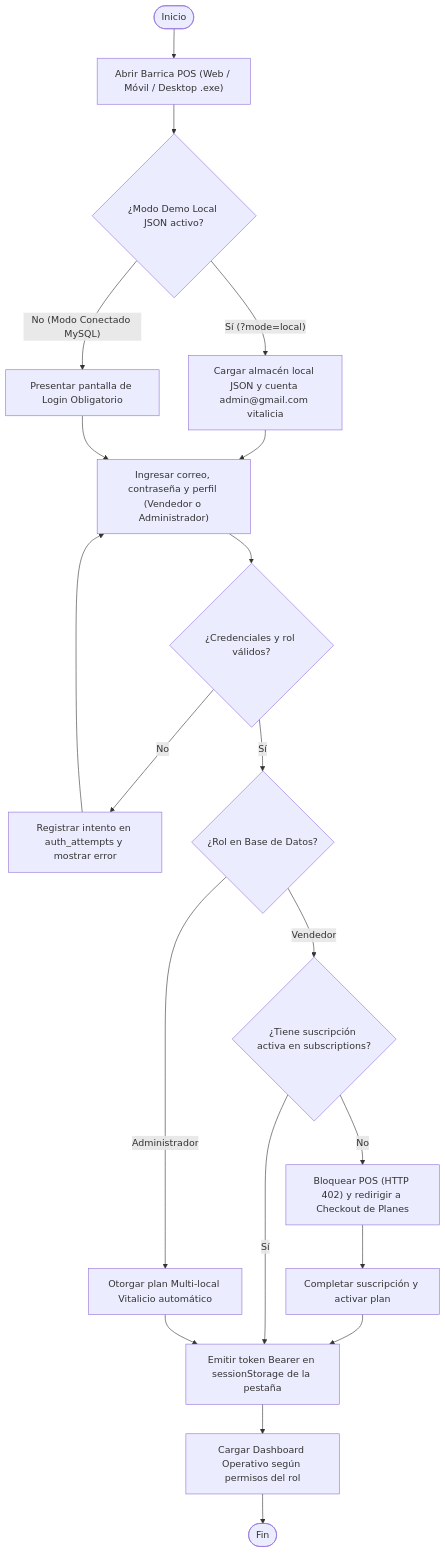
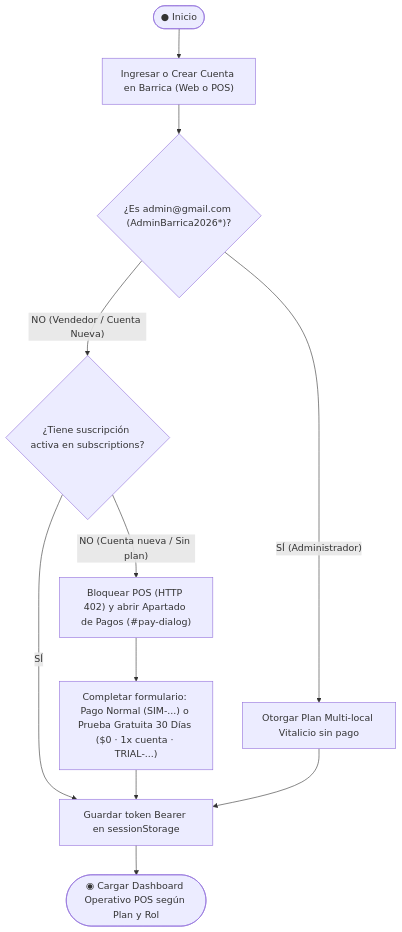
One commit to andresmunoz-dot/Gestion-Bar changed the fourth of 6 diagrams in docs/DOCUMENTACION_TECNICA.md. Above: the diagram before and after it, drawn with Mermaid. The commit also changed other lines of this file and 29 other files, not shown here.

````diff
--- a/docs/DOCUMENTACION_TECNICA.md
+++ b/docs/DOCUMENTACION_TECNICA.md
@@ -517,22 +508,13 @@
 ```mermaid
 flowchart TD
-    A(["Inicio"]) --> B["Abrir Barrica POS (Web / Móvil / Desktop .exe)"]
-    B --> C{"¿Modo Demo Local JSON activo?"}
-    C -- "Sí (?mode=local)" --> D["Cargar almacén local JSON y cuenta admin@gmail.com vitalicia"]
-    C -- "No (Modo Conectado MySQL)" --> E["Presentar pantalla de Login Obligatorio"]
-    D --> F["Ingresar correo, contraseña y perfil (Vendedor o Administrador)"]
-    E --> F
-    F --> G{"¿Credenciales y rol válidos?"}
-    G -- "No" --> H["Registrar intento en auth_attempts y mostrar error"]
-    H --> F
-    G -- "Sí" --> I{"¿Rol en Base de Datos?"}
-    I -- "Administrador" --> J["Otorgar plan Multi-local Vitalicio automático"]
-    I -- "Vendedor" --> K{"¿Tiene suscripción activa en subscriptions?"}
-    K -- "No" --> L["Bloquear POS (HTTP 402) y redirigir a Checkout de Planes"]
-    L --> M["Completar suscripción y activar plan"]
-    M --> N["Emitir token Bearer en sessionStorage de la pestaña"]
-    K -- "Sí" --> N
-    J --> N
-    N --> O["Cargar Dashboard Operativo según permisos del rol"]
-    O --> P(["Fin"])
+    A(["● Inicio"]) --> B["Ingresar o Crear Cuenta en Barrica (Web o POS)"]
+    B --> C{"¿Es admin@gmail.com (AdminBarrica2026*)?"}
+    C -- "SÍ (Administrador)" --> D["Otorgar Plan Multi-local Vitalicio sin pago"]
+    C -- "NO (Vendedor / Cuenta Nueva)" --> E{"¿Tiene suscripción activa en subscriptions?"}
+    E -- "SÍ" --> H["Guardar token Bearer en sessionStorage"]
+    E -- "NO (Cuenta nueva / Sin plan)" --> F["Bloquear POS (HTTP 402) y abrir Apartado de Pagos (#pay-dialog)"]
+    F --> G["Completar formulario: Pago Normal (SIM-...) o Prueba Gratuita 30 Días ($0 · 1x cuenta · TRIAL-...)"]
+    G --> H
+    D --> H
+    H --> I(["◉ Cargar Dashboard Operativo POS según Plan y Rol"])
 ```
````
